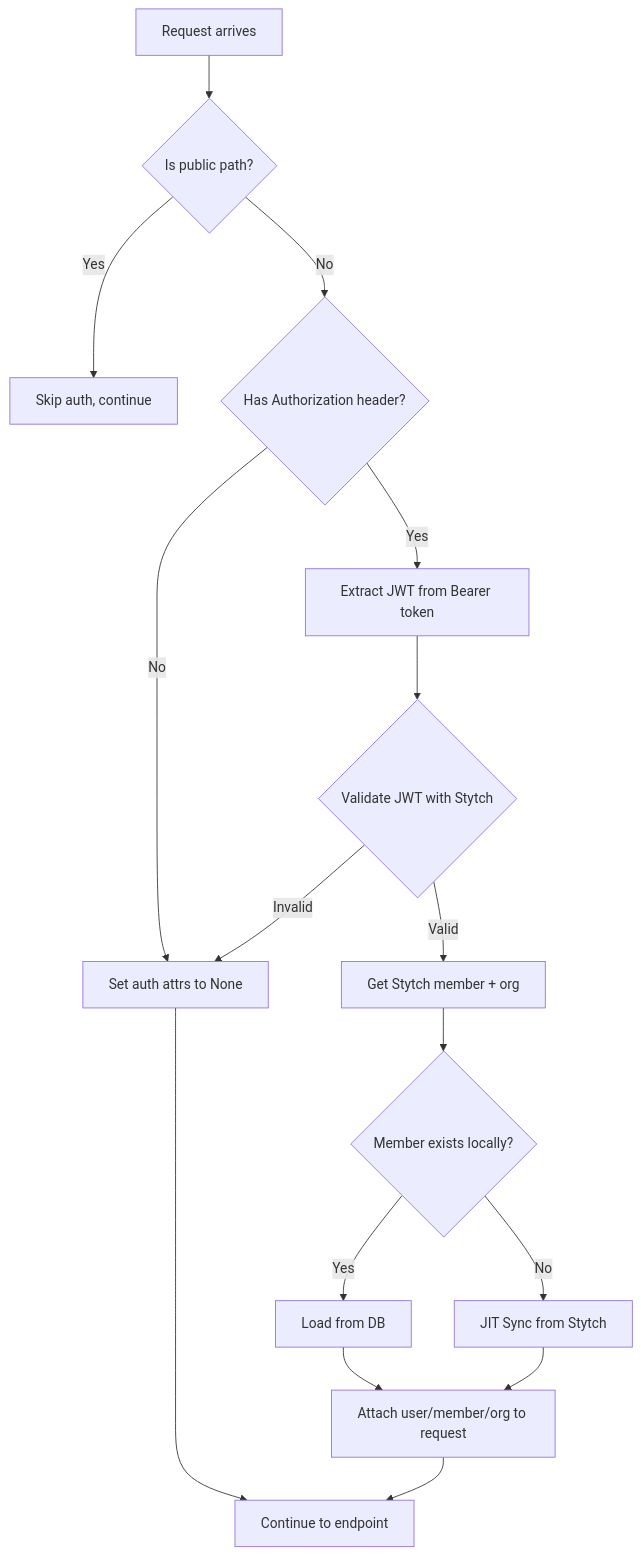
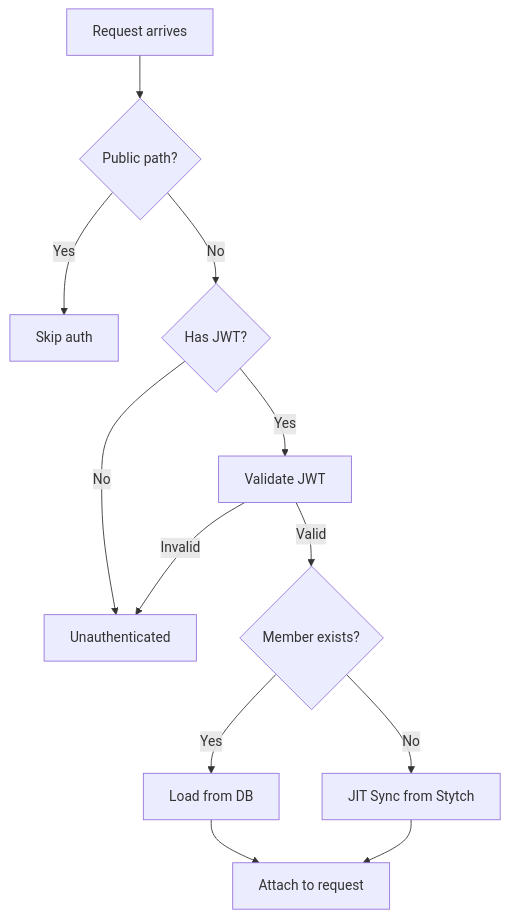
Before and after one commit to pikaia-dev/pikaia: the second of 2 diagrams in docs/features/authentication.md, drawn with Mermaid. The commit also changed other lines of this file and 5 other files, not shown here.

````diff
--- a/docs/features/authentication.md
+++ b/docs/features/authentication.md
@@ -60,18 +56,14 @@
 ```mermaid
 flowchart TD
-    A[Request arrives] --> B{Is public path?}
-    B -->|Yes| C[Skip auth, continue]
-    B -->|No| D{Has Authorization header?}
-    D -->|No| E[Set auth attrs to None]
-    D -->|Yes| F[Extract JWT from Bearer token]
-    F --> G{Validate JWT with Stytch}
-    G -->|Invalid| E
-    G -->|Valid| H[Get Stytch member + org]
-    H --> I{Member exists locally?}
-    I -->|Yes| J[Load from DB]
-    I -->|No| K[JIT Sync from Stytch]
-    J --> L[Attach user/member/org to request]
-    K --> L
-    L --> M[Continue to endpoint]
-    E --> M
+    A[Request arrives] --> B{Public path?}
+    B -->|Yes| C[Skip auth]
+    B -->|No| D{Has JWT?}
+    D -->|No| E[Unauthenticated]
+    D -->|Yes| F[Validate JWT]
+    F -->|Invalid| E
+    F -->|Valid| G{Member exists?}
+    G -->|Yes| H[Load from DB]
+    G -->|No| I[JIT Sync from Stytch]
+    H --> J[Attach to request]
+    I --> J
 ```
````
